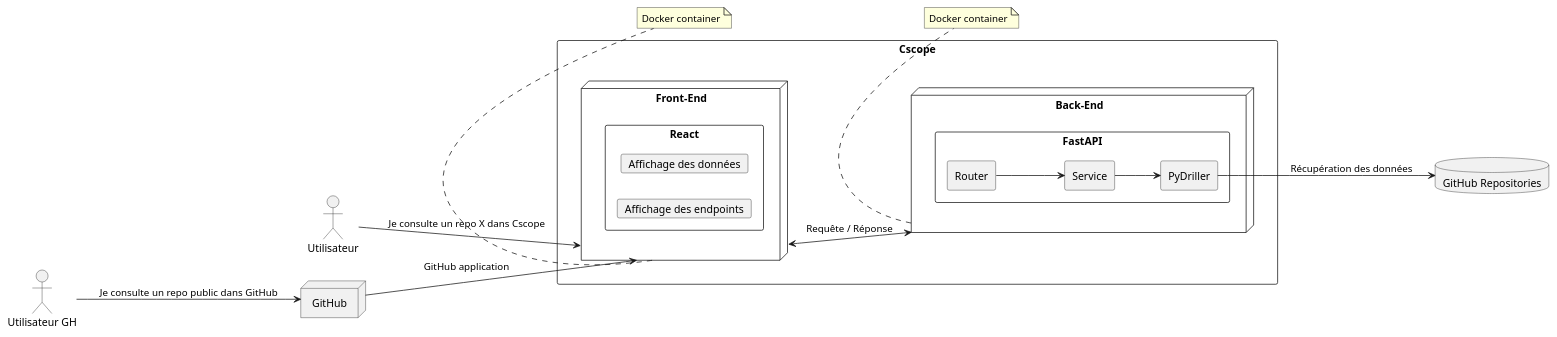
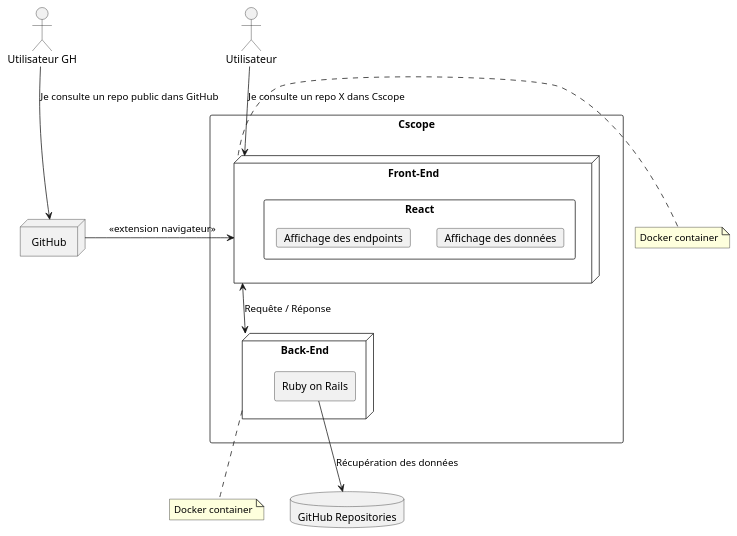
Before and after one commit to visevol/Cscope: the diagram in Documentation/HLD.puml, drawn with PlantUML. The commit also changed 1 other file, not shown here.

```diff
--- a/Documentation/HLD.puml
+++ b/Documentation/HLD.puml
@@ -1,47 +1,41 @@
 @startuml
 
-left to right direction
 skinparam componentStyle rectangle
 
 actor Utilisateur as U
 actor "Utilisateur GH" as UGH
 
 database "GitHub Repositories" as GHRepo
 
 rectangle Cscope as CS {
     node "Front-End" as FE {
-        component React {
+        component React as react {
             card "Affichage des données"
             card "Affichage des endpoints"
         }
     }
 
     node "Back-End" as BE {
-        component FastAPI {
-            component Router
-            component Service
-            component PyDriller
-        }
+        component "Ruby on Rails" as ROR
+        
     }
 }
 
 
 node GitHub as GH
 
-U --> FE : "Je consulte un repo X dans Cscope"
-UGH --> GH : "Je consulte un repo public dans GitHub"
-GH --> FE : GitHub application
-FE <--> BE : "Requête / Réponse"
-PyDriller --> GHRepo : "Récupération des données"
-Router --> Service
-Service --> PyDriller
+U -down-> FE : "Je consulte un repo X dans Cscope"
+UGH -down-> GH : "Je consulte un repo public dans GitHub"
+GH -RIGHT-> FE : << extension navigateur >>
+FE <-down-> BE : "Requête / Réponse"
+ROR -down-> GHRepo : "Récupération des données"
 
-note bottom of FE
+note right of FE
     Docker container
 end note
 
 note bottom of BE
     Docker container
 end note
 
 @enduml
```
